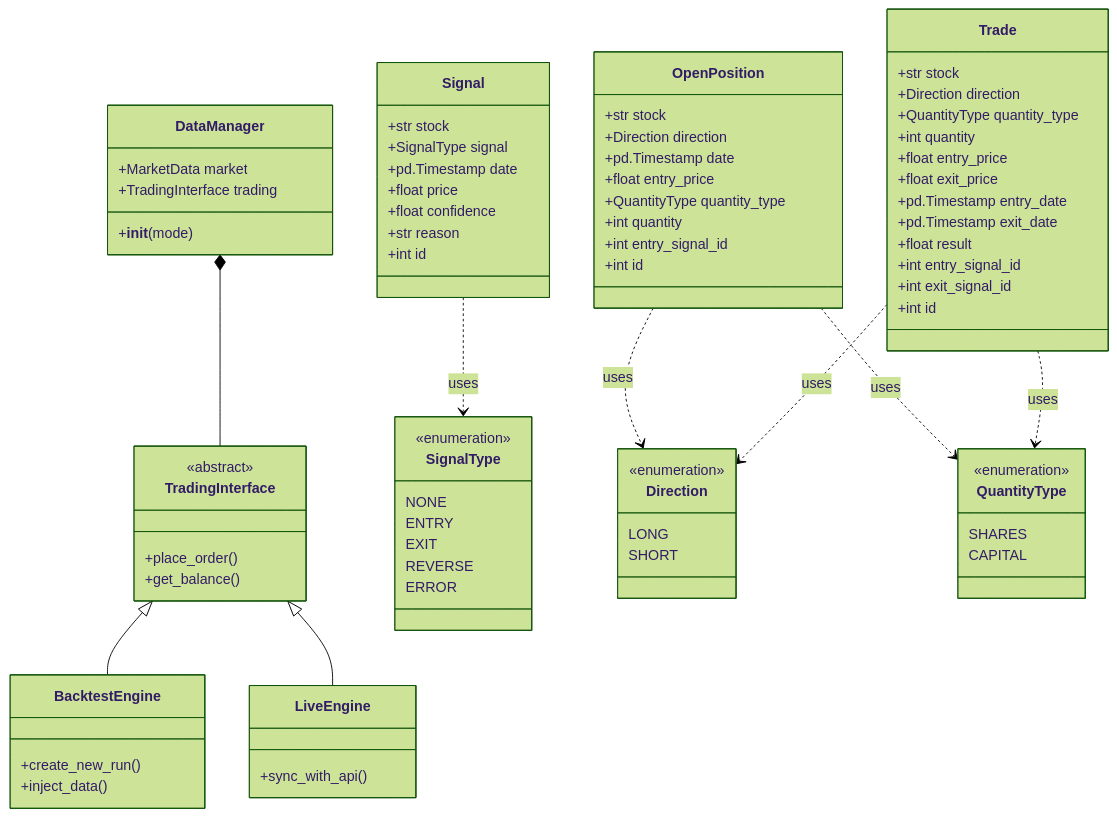
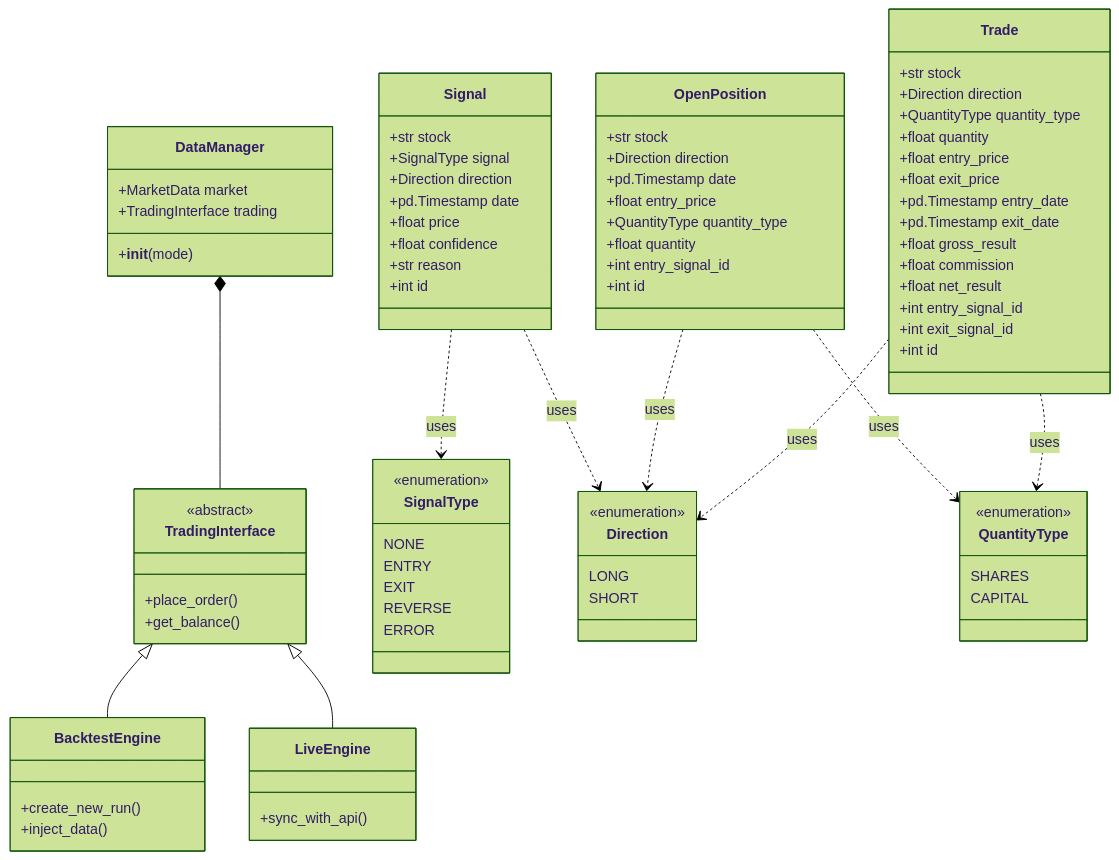
One commit to MalbertMB/alpaca-donchian-adx-vf-bot changed the diagram in architecture.md. Above: the diagram before and after it, drawn with Mermaid (forest theme). The commit also changed 8 other files, not shown here.

````diff
--- a/architecture.md
+++ b/architecture.md
@@ -1,6 +1,6 @@
 ```mermaid
 classDiagram
-    %% --- Existing Architecture ---
+    %% --- Core System ---
     class DataManager {
         +MarketData market
         +TradingInterface trading
@@ -23,7 +23,7 @@
     TradingInterface <|-- BacktestEngine
     TradingInterface <|-- LiveEngine
 
-    %% --- New Enums from signals.py & positions.py ---
+    %% --- Domain Layer (common.py) ---
     class SignalType {
         <<enumeration>>
         NONE
@@ -43,10 +43,11 @@
         CAPITAL
     }
 
-    %% --- New Data Classes ---
+    %% --- Domain Layer (signals.py) ---
     class Signal {
         +str stock
         +SignalType signal
+        +Direction direction
         +pd.Timestamp date
         +float price
         +float confidence
@@ -54,13 +55,14 @@
         +int id
     }
 
+    %% --- Domain Layer (positions.py) ---
     class OpenPosition {
         +str stock
         +Direction direction
         +pd.Timestamp date
         +float entry_price
         +QuantityType quantity_type
-        +int quantity
+        +float quantity
         +int entry_signal_id
         +int id
     }
@@ -69,19 +71,22 @@
         +str stock
         +Direction direction
         +QuantityType quantity_type
-        +int quantity
+        +float quantity
         +float entry_price
         +float exit_price
         +pd.Timestamp entry_date
         +pd.Timestamp exit_date
-        +float result
+        +float gross_result
+        +float commission
+        +float net_result
         +int entry_signal_id
         +int exit_signal_id
         +int id
     }
 
-    %% --- Relationships for Data Objects ---
+    %% --- Relationships ---
     Signal ..> SignalType : uses
+    Signal ..> Direction : uses
     OpenPosition ..> Direction : uses
     OpenPosition ..> QuantityType : uses
     Trade ..> Direction : uses
````
